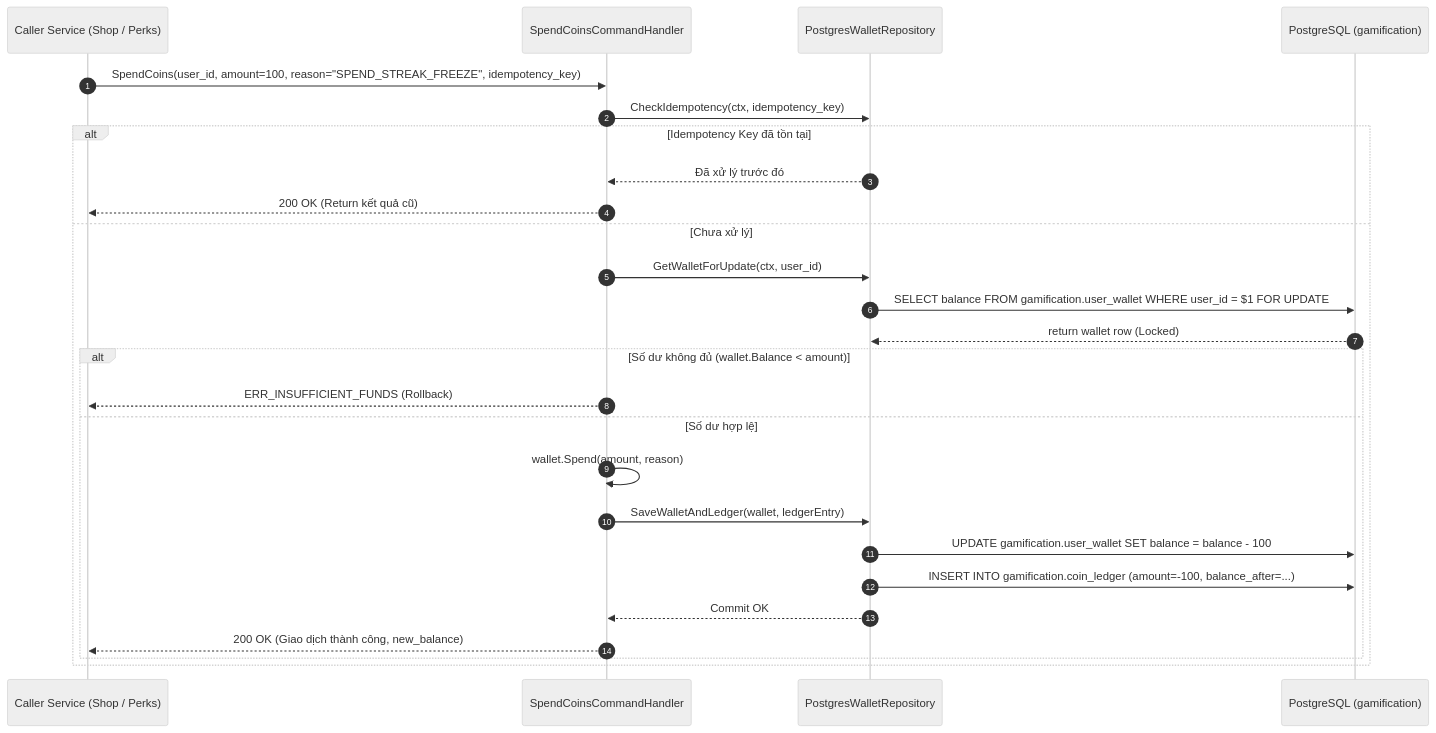
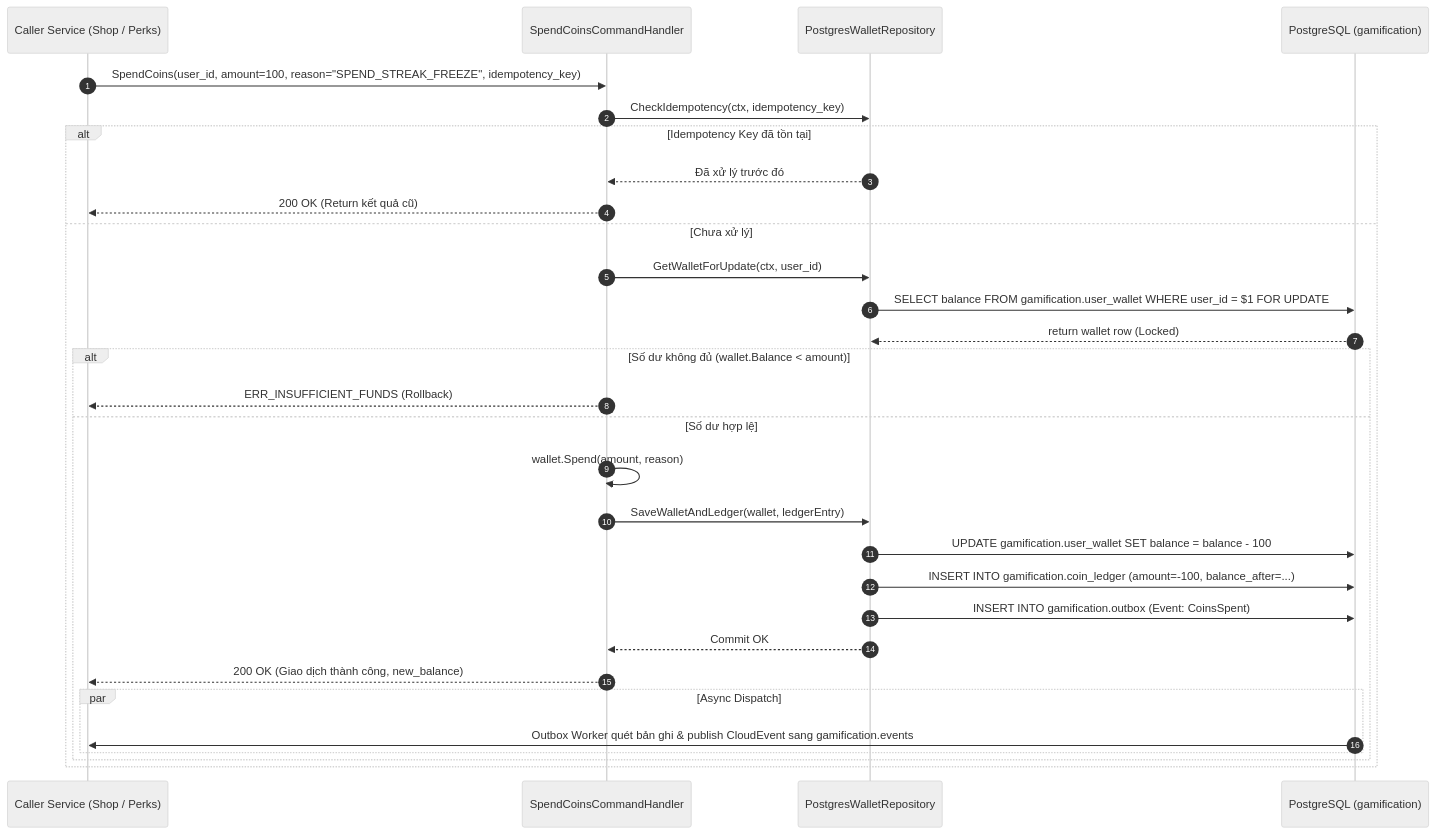
Before and after one commit to viethung213/gym-companion: the fourth of 4 diagrams in internal/gamification/docs/features/fitcoins-and-ledger/02-design.md, drawn with Mermaid (neutral theme). The commit also changed other lines of this file and 1 other file, not shown here.

Commit message:
docs(gamification): bổ sung luồng Transactional Outbox và CloudEvents cho FitCoins

````diff
--- a/internal/gamification/docs/features/fitcoins-and-ledger/02-design.md
+++ b/internal/gamification/docs/features/fitcoins-and-ledger/02-design.md
@@ -167,31 +180,35 @@
 ```mermaid
 sequenceDiagram
     autonumber
     participant Caller as Caller Service (Shop / Perks)
     participant Handler as SpendCoinsCommandHandler
     participant Repo as PostgresWalletRepository
     participant DB as PostgreSQL (gamification)
 
     Caller->>Handler: SpendCoins(user_id, amount=100, reason="SPEND_STREAK_FREEZE", idempotency_key)
     
     Handler->>Repo: CheckIdempotency(ctx, idempotency_key)
     alt Idempotency Key đã tồn tại
         Repo-->>Handler: Đã xử lý trước đó
         Handler-->>Caller: 200 OK (Return kết quả cũ)
     else Chưa xử lý
         Handler->>Repo: GetWalletForUpdate(ctx, user_id)
         Repo->>DB: SELECT balance FROM gamification.user_wallet WHERE user_id = $1 FOR UPDATE
         DB-->>Repo: return wallet row (Locked)
         
         alt Số dư không đủ (wallet.Balance < amount)
             Handler-->>Caller: ERR_INSUFFICIENT_FUNDS (Rollback)
         else Số dư hợp lệ
             Handler->>Handler: wallet.Spend(amount, reason)
             Handler->>Repo: SaveWalletAndLedger(wallet, ledgerEntry)
             Repo->>DB: UPDATE gamification.user_wallet SET balance = balance - 100
             Repo->>DB: INSERT INTO gamification.coin_ledger (amount=-100, balance_after=...)
+            Repo->>DB: INSERT INTO gamification.outbox (Event: CoinsSpent)
             Repo-->>Handler: Commit OK
             Handler-->>Caller: 200 OK (Giao dịch thành công, new_balance)
+            par Async Dispatch
+                DB->>Caller: Outbox Worker quét bản ghi & publish CloudEvent sang gamification.events
+            end
         end
     end
 ```
````
